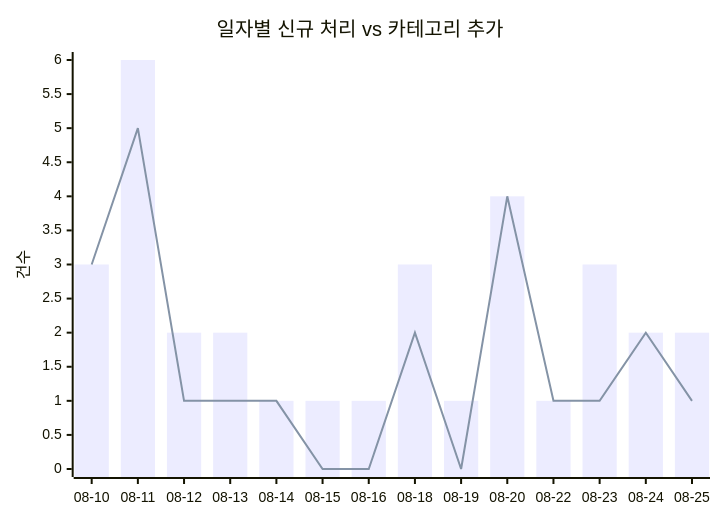
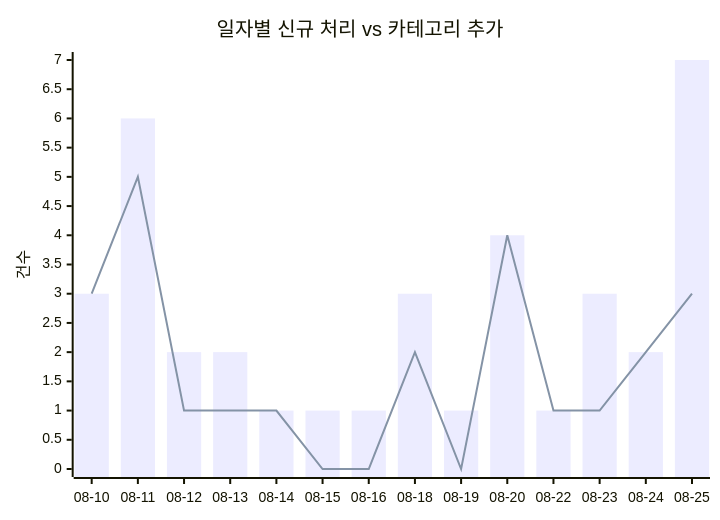
One commit to J-nowcow/awesome-korean-agent-skills changed the first of 2 diagrams in docs/trends.md. Above: the diagram before and after it, drawn with Mermaid. The commit also changed other lines of this file and 5 other files, not shown here.

````diff
--- a/docs/trends.md
+++ b/docs/trends.md
@@ -32,8 +32,8 @@
 ```mermaid
 xychart-beta
     title "일자별 신규 처리 vs 카테고리 추가"
     x-axis ["08-10","08-11","08-12","08-13","08-14","08-15","08-16","08-18","08-19","08-20","08-22","08-23","08-24","08-25"]
     y-axis "건수"
-    bar [3,6,2,2,1,1,1,3,1,4,1,3,2,2]
-    line [3,5,1,1,1,0,0,2,0,4,1,1,2,1]
+    bar [3,6,2,2,1,1,1,3,1,4,1,3,2,7]
+    line [3,5,1,1,1,0,0,2,0,4,1,1,2,3]
 ```
````
